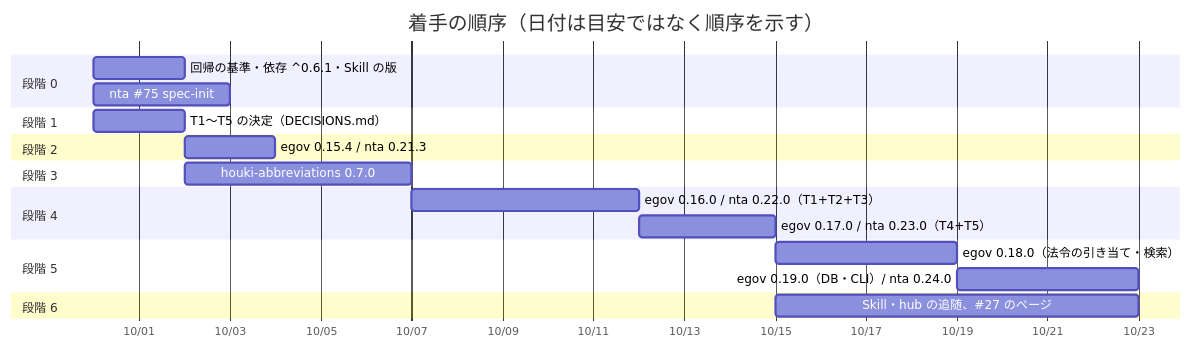
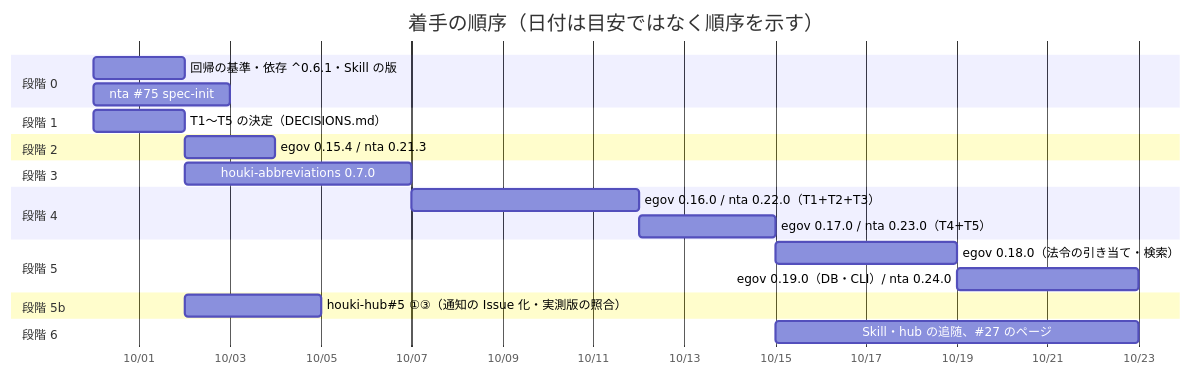
One commit to shuji-bonji/houki-hub changed the second of 2 diagrams in docs/notes/2026-09-29-plan-spec-issues.md. Above: the diagram before and after it, drawn with Mermaid. The commit also changed other lines of this file, not shown here.

First line of the commit message:
docs: 対応計画に 2026-09-29 の決定（T1〜T5 の採用、nta の code 置き換え、0.18/0.19 の順、hub#5 を段階 5b に）を反映

````diff
--- a/docs/notes/2026-09-29-plan-spec-issues.md
+++ b/docs/notes/2026-09-29-plan-spec-issues.md
@@ -296,23 +309,25 @@
 ```mermaid
 gantt
   title 着手の順序（日付は目安ではなく順序を示す）
   dateFormat  YYYY-MM-DD
   axisFormat  %m/%d
   section 段階 0
   回帰の基準・依存 ^0.6.1・Skill の版      :a0, 2026-09-30, 2d
   nta #75 spec-init                          :a1, 2026-09-30, 3d
   section 段階 1
   T1〜T5 の決定（DECISIONS.md）              :b0, 2026-09-30, 2d
   section 段階 2
   egov 0.15.4 / nta 0.21.3                   :c0, after a0, 2d
   section 段階 3
   houki-abbreviations 0.7.0                  :d0, after b0, 5d
   section 段階 4
   egov 0.16.0 / nta 0.22.0（T1+T2+T3）       :e0, after d0, 5d
   egov 0.17.0 / nta 0.23.0（T4+T5）          :e1, after e0, 3d
   section 段階 5
   egov 0.18.0（法令の引き当て・検索）        :f0, after e1, 4d
   egov 0.19.0（DB・CLI）/ nta 0.24.0         :f1, after f0, 4d
+  section 段階 5b
+  houki-hub#5 ①③（通知の Issue 化・実測版の照合） :h0, after b0, 3d
   section 段階 6
   Skill・hub の追随、#27 のページ            :g0, after e1, 8d
 ```
````
